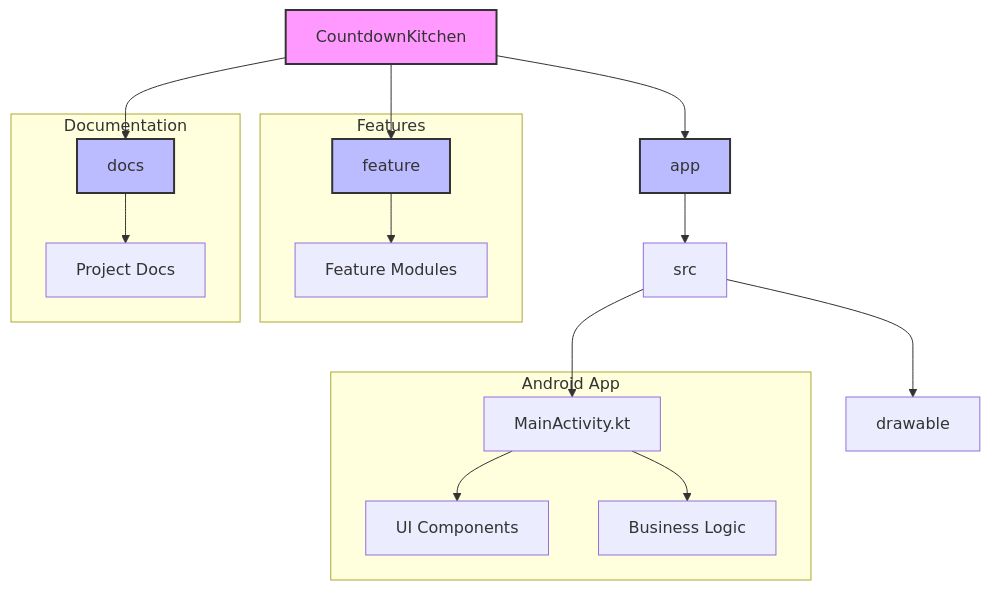
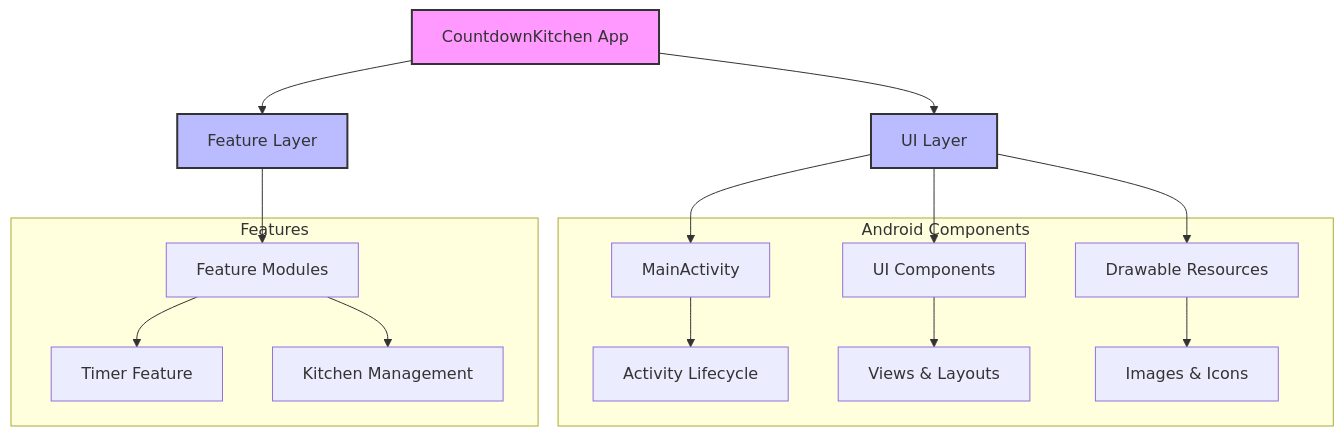
Before and after one commit to yulu1005/CountdownKitchen: the diagram in CountDownKitchen.mmd, drawn with Mermaid.

```diff
--- a/CountDownKitchen.mmd
+++ b/CountDownKitchen.mmd
@@ -1,26 +1,24 @@
 graph TD
-    A[CountdownKitchen] --> B[app]
-    A --> C[feature]
-    A --> D[docs]
+    A[CountdownKitchen App] --> B[UI Layer]
+    A --> C[Feature Layer]
     
-    B --> E[src]
-    E --> F[MainActivity.kt]
-    E --> G[drawable]
+    B --> D[MainActivity]
+    B --> E[UI Components]
+    B --> F[Drawable Resources]
     
-    subgraph Android App
-        F --> H[UI Components]
-        F --> I[Business Logic]
+    C --> G[Feature Modules]
+    
+    subgraph Android Components
+        D --> H[Activity Lifecycle]
+        E --> I[Views & Layouts]
+        F --> J[Images & Icons]
     end
     
     subgraph Features
-        C --> J[Feature Modules]
-    end
-    
-    subgraph Documentation
-        D --> K[Project Docs]
+        G --> K[Timer Feature]
+        G --> L[Kitchen Management]
     end
     
     style A fill:#f9f,stroke:#333,stroke-width:2px
     style B fill:#bbf,stroke:#333,stroke-width:2px
     style C fill:#bbf,stroke:#333,stroke-width:2px
-    style D fill:#bbf,stroke:#333,stroke-width:2px
```
